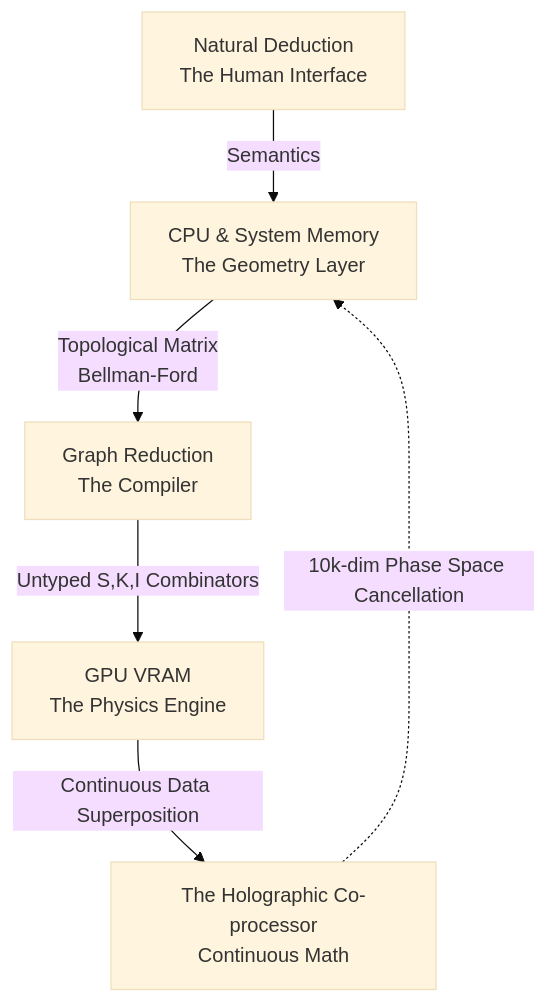
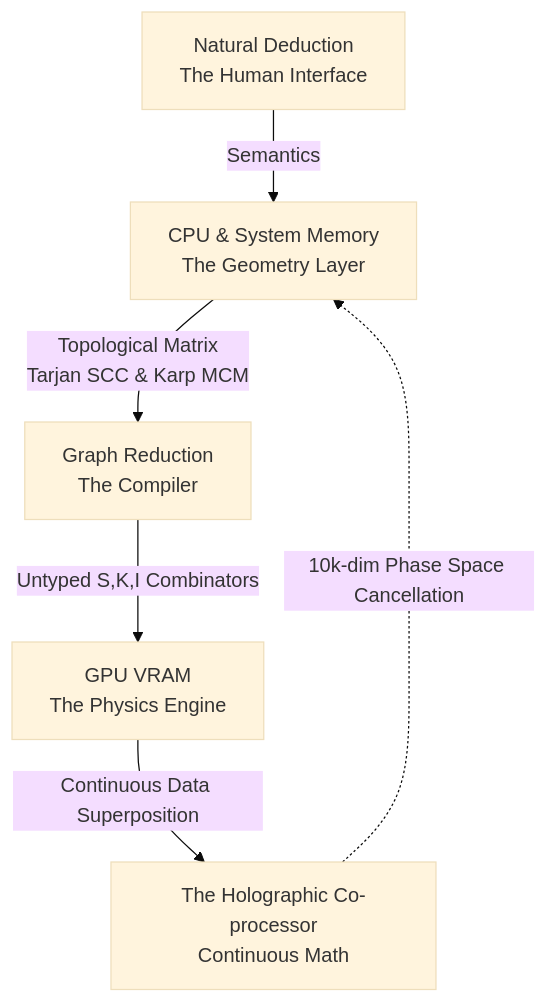
The diagram in docs/01-architecture.qmd (ryanncode/monist), drawn with Mermaid (base theme) before and after one commit. The commit also changed other lines of this file and 3 other files, not shown here.

Commit message:
docs: update architecture docs with algorithm upgrades

````diff
--- a/docs/01-architecture.qmd
+++ b/docs/01-architecture.qmd
@@ -11,8 +11,8 @@
 ```{mermaid}
 graph TD
     A[Natural Deduction<br>The Human Interface] -->|Semantics| B[CPU & System Memory<br>The Geometry Layer]
-    B -->|Topological Matrix<br>Bellman-Ford| C[Graph Reduction<br>The Compiler]
+    B -->|Topological Matrix<br>Tarjan SCC & Karp MCM| C[Graph Reduction<br>The Compiler]
     C -->|Untyped S,K,I Combinators| D[GPU VRAM<br>The Physics Engine]
     D -->|Continuous Data Superposition| E[The Holographic Co-processor<br>Continuous Math]
     E -.->|10k-dim Phase Space Cancellation| B
 ```
````
